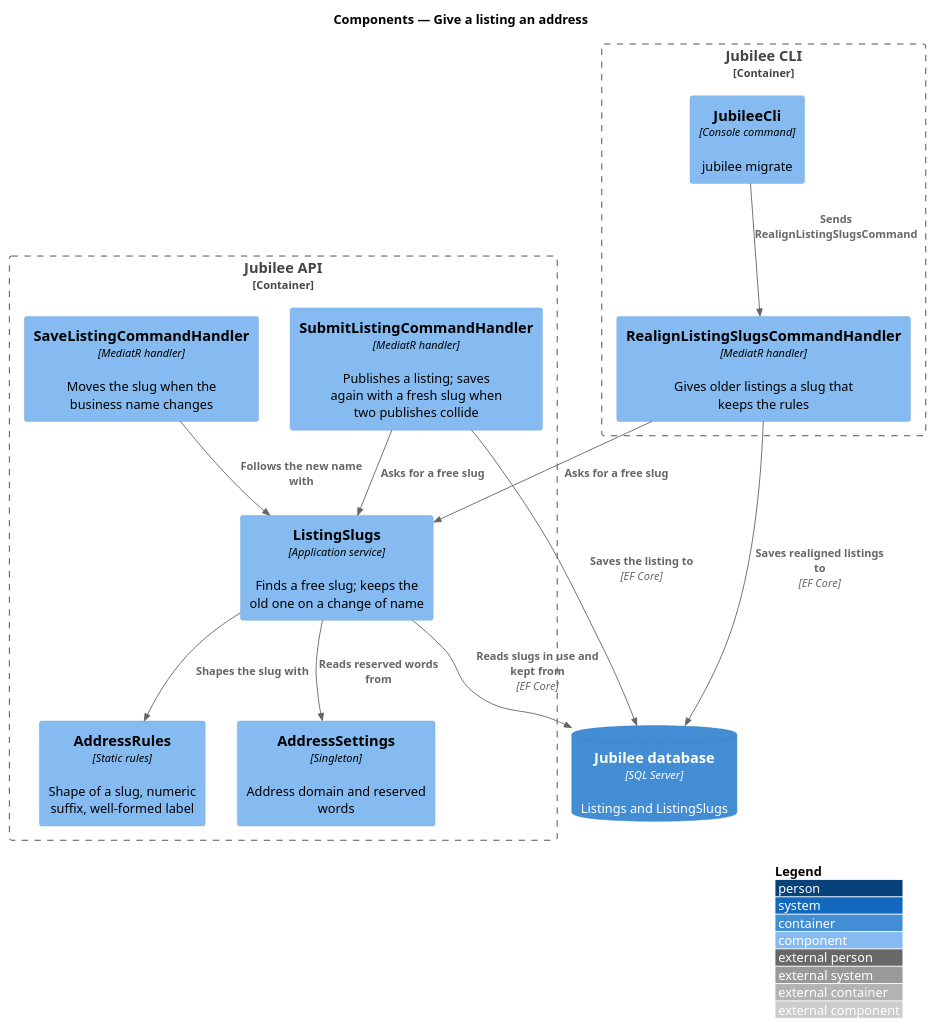
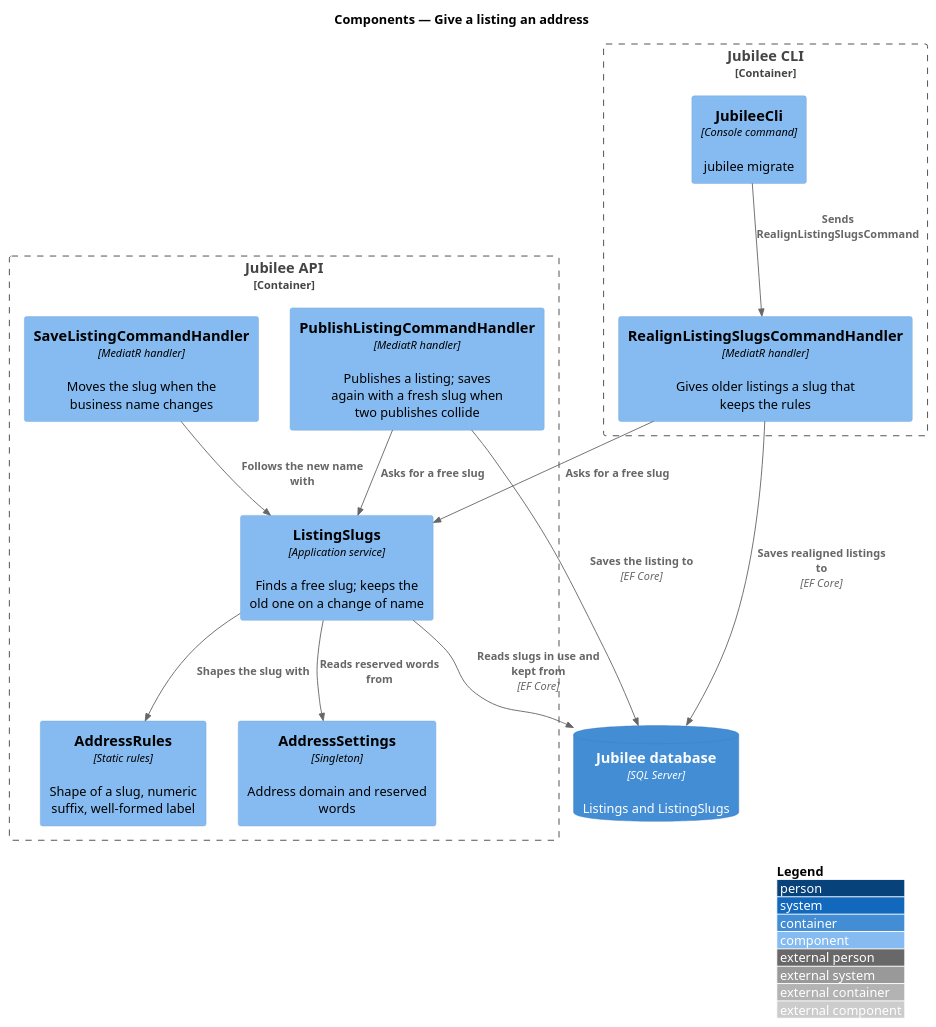
One commit to QuinntyneBrown/jubilee changed the diagram in docs/detailed-designs/listings/give-listing-an-address/diagrams/c4-component.puml. Above: the diagram before and after it, drawn with PlantUML. The commit also changed 15 other files, not shown here.

```diff
--- a/docs/detailed-designs/listings/give-listing-an-address/diagrams/c4-component.puml
+++ b/docs/detailed-designs/listings/give-listing-an-address/diagrams/c4-component.puml
@@ -1,28 +1,28 @@
 @startuml
 !include <C4/C4_Component>
 LAYOUT_WITH_LEGEND()
 title Components — Give a listing an address
 
 Container_Boundary(api, "Jubilee API") {
-  Component(submit, "SubmitListingCommandHandler", "MediatR handler", "Publishes a listing; saves again with a fresh slug when two publishes collide")
+  Component(submit, "PublishListingCommandHandler", "MediatR handler", "Publishes a listing; saves again with a fresh slug when two publishes collide")
   Component(save, "SaveListingCommandHandler", "MediatR handler", "Moves the slug when the business name changes")
   Component(slugs, "ListingSlugs", "Application service", "Finds a free slug; keeps the old one on a change of name")
   Component(rules, "AddressRules", "Static rules", "Shape of a slug, numeric suffix, well-formed label")
   Component(settings, "AddressSettings", "Singleton", "Address domain and reserved words")
 }
 Container_Boundary(cli, "Jubilee CLI") {
   Component(migrate, "JubileeCli", "Console command", "jubilee migrate")
   Component(realign, "RealignListingSlugsCommandHandler", "MediatR handler", "Gives older listings a slug that keeps the rules")
 }
 ContainerDb(db, "Jubilee database", "SQL Server", "Listings and ListingSlugs")
 
 Rel(submit, slugs, "Asks for a free slug")
 Rel(save, slugs, "Follows the new name with")
 Rel(migrate, realign, "Sends RealignListingSlugsCommand")
 Rel(realign, slugs, "Asks for a free slug")
 Rel(slugs, rules, "Shapes the slug with")
 Rel(slugs, settings, "Reads reserved words from")
 Rel(slugs, db, "Reads slugs in use and kept from", "EF Core")
 Rel(submit, db, "Saves the listing to", "EF Core")
 Rel(realign, db, "Saves realigned listings to", "EF Core")
 @enduml
```
